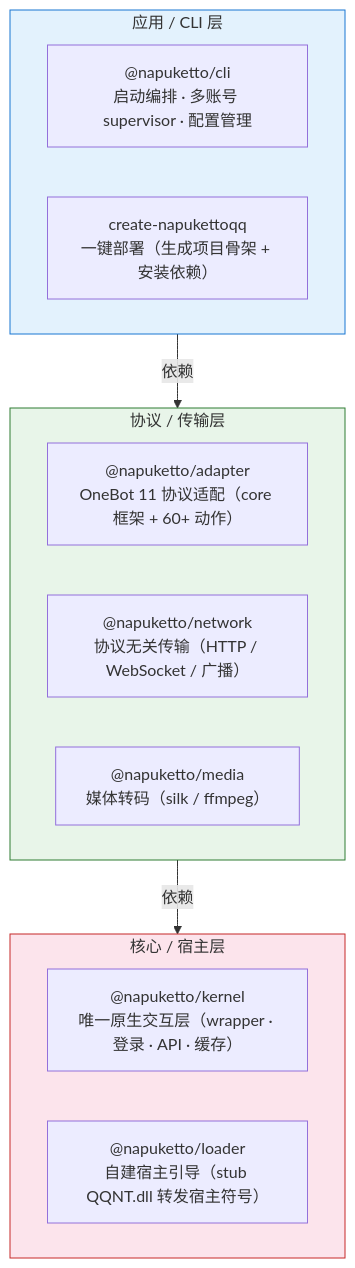
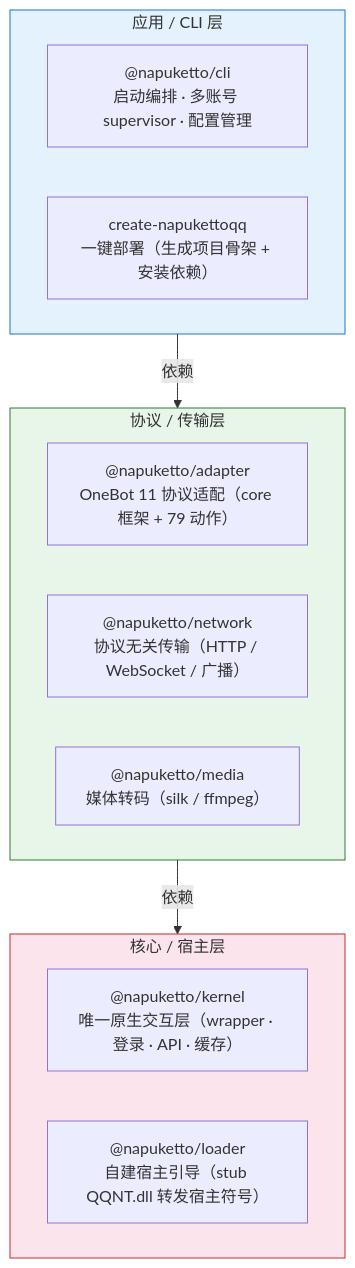
One commit to Oppenheymu/NapukettoQQ changed the diagram in readme.md. Above: the diagram before and after it, drawn with Mermaid. The commit also changed other lines of this file and 15 other files, not shown here.

````diff
--- a/readme.md
+++ b/readme.md
@@ -33,25 +33,25 @@
 ```mermaid
 flowchart TD
     subgraph APP["应用 / CLI 层"]
         cli["@napuketto/cli<br/>启动编排 · 多账号 supervisor · 配置管理"]
         create["create-napukettoqq<br/>一键部署（生成项目骨架 + 安装依赖）"]
     end
 
     subgraph PROTO["协议 / 传输层"]
-        adapter["@napuketto/adapter<br/>OneBot 11 协议适配（core 框架 + 60+ 动作）"]
+        adapter["@napuketto/adapter<br/>OneBot 11 协议适配（core 框架 + 79 动作）"]
         network["@napuketto/network<br/>协议无关传输（HTTP / WebSocket / 广播）"]
         media["@napuketto/media<br/>媒体转码（silk / ffmpeg）"]
     end
 
     subgraph CORE["核心 / 宿主层"]
         kernel["@napuketto/kernel<br/>唯一原生交互层（wrapper · 登录 · API · 缓存）"]
         loader["@napuketto/loader<br/>自建宿主引导（stub QQNT.dll 转发宿主符号）"]
     end
 
     APP -->|依赖| PROTO
     PROTO -->|依赖| CORE
 
     style APP fill:#e3f2fd,stroke:#1976d2
     style PROTO fill:#e8f5e9,stroke:#2e7d32
     style CORE fill:#fce4ec,stroke:#c62828
 ```
````
